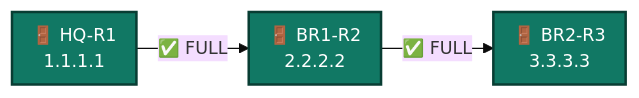
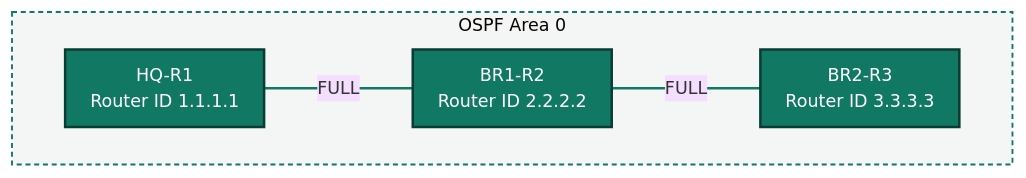
Before and after one commit to malaika-azhar/Cisco-Networking-Lab-Portfolio: the second of 2 diagrams in 01-Networking/06-Enterprise-network-ospf-single-area-routing-lab/README.md, drawn with Mermaid.

````diff
--- a/01-Networking/06-Enterprise-network-ospf-single-area-routing-lab/README.md
+++ b/01-Networking/06-Enterprise-network-ospf-single-area-routing-lab/README.md
@@ -377,8 +377,15 @@
 ```mermaid
-%%{init: {'theme': 'base', 'themeVariables': {'fontSize': '14px'}, 'flowchart': {'nodeSpacing': 24, 'rankSpacing': 34, 'padding': 8}}}%%
+%%{init: {'theme': 'base', 'themeVariables': {'fontSize': '14px'}, 'flowchart': {'nodeSpacing': 40, 'rankSpacing': 60, 'padding': 10}}}%%
 flowchart LR
-    A["🚪 HQ-R1<br/>1.1.1.1"] -->|"✅ FULL"| B["🚪 BR1-R2<br/>2.2.2.2"]
-    B -->|"✅ FULL"| C["🚪 BR2-R3<br/>3.3.3.3"]
+    subgraph Area0["OSPF Area 0"]
+        direction LR
+        A["HQ-R1<br/>Router ID 1.1.1.1"]:::r
+        B["BR1-R2<br/>Router ID 2.2.2.2"]:::r
+        C["BR2-R3<br/>Router ID 3.3.3.3"]:::r
+        A ---|"FULL"| B
+        B ---|"FULL"| C
+    end
     classDef r fill:#117864,stroke:#083D33,stroke-width:2px,color:#FFFFFF
-    class A,B,C r
+    style Area0 fill:#F4F6F5,stroke:#117864,stroke-width:1.5px,stroke-dasharray:4 3
+    linkStyle default stroke:#117864,stroke-width:2px
 ```
````
